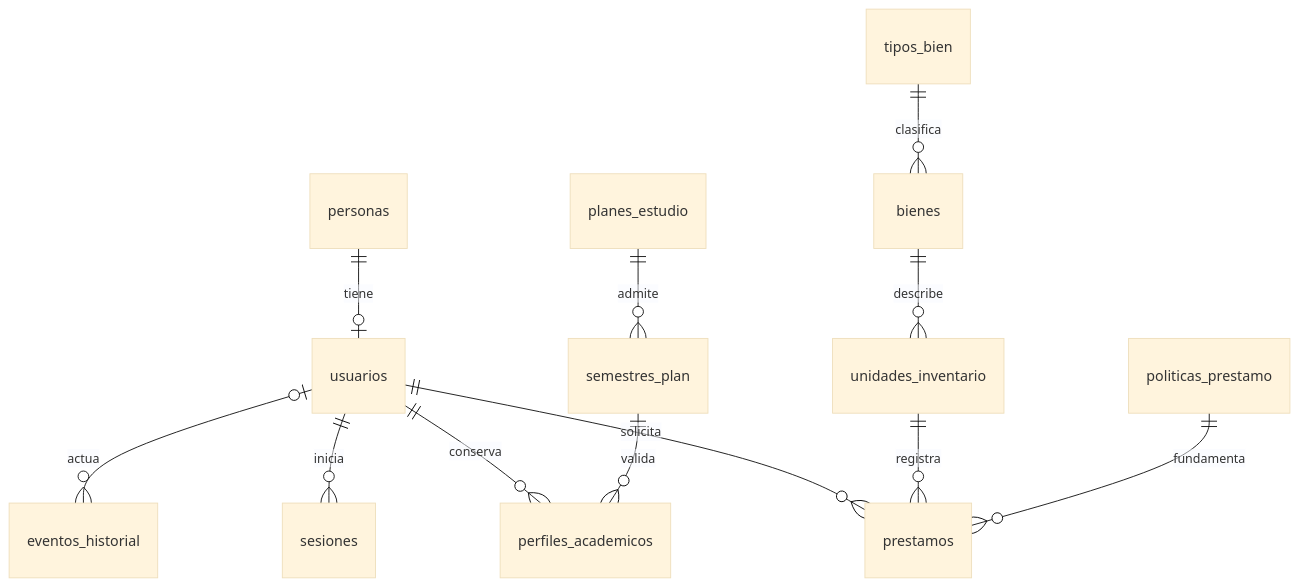
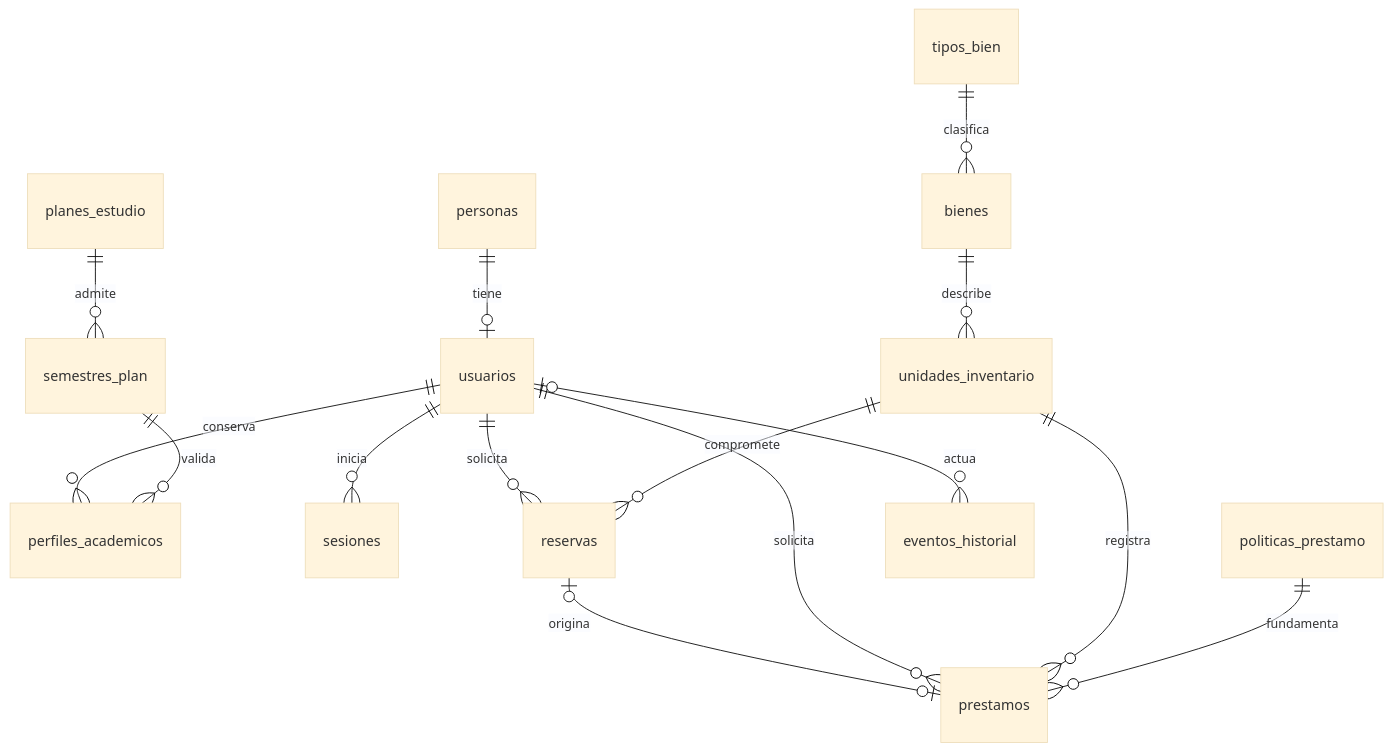
One commit to javierRock/TI_II changed the diagram in docs/modelo-datos.md. Above: the diagram before and after it, drawn with Mermaid (base theme). The commit also changed other lines of this file and 13 other files, not shown here.

````diff
--- a/docs/modelo-datos.md
+++ b/docs/modelo-datos.md
@@ -23,14 +24,17 @@
 ```mermaid
 erDiagram
     personas ||--o| usuarios : tiene
     usuarios ||--o{ perfiles_academicos : conserva
     planes_estudio ||--o{ semestres_plan : admite
     semestres_plan ||--o{ perfiles_academicos : valida
     usuarios ||--o{ sesiones : inicia
     tipos_bien ||--o{ bienes : clasifica
     bienes ||--o{ unidades_inventario : describe
+    usuarios ||--o{ reservas : solicita
+    unidades_inventario ||--o{ reservas : compromete
+    reservas |o--o| prestamos : origina
     usuarios ||--o{ prestamos : solicita
     unidades_inventario ||--o{ prestamos : registra
     politicas_prestamo ||--o{ prestamos : fundamenta
     usuarios |o--o{ eventos_historial : actua
 ```
````
